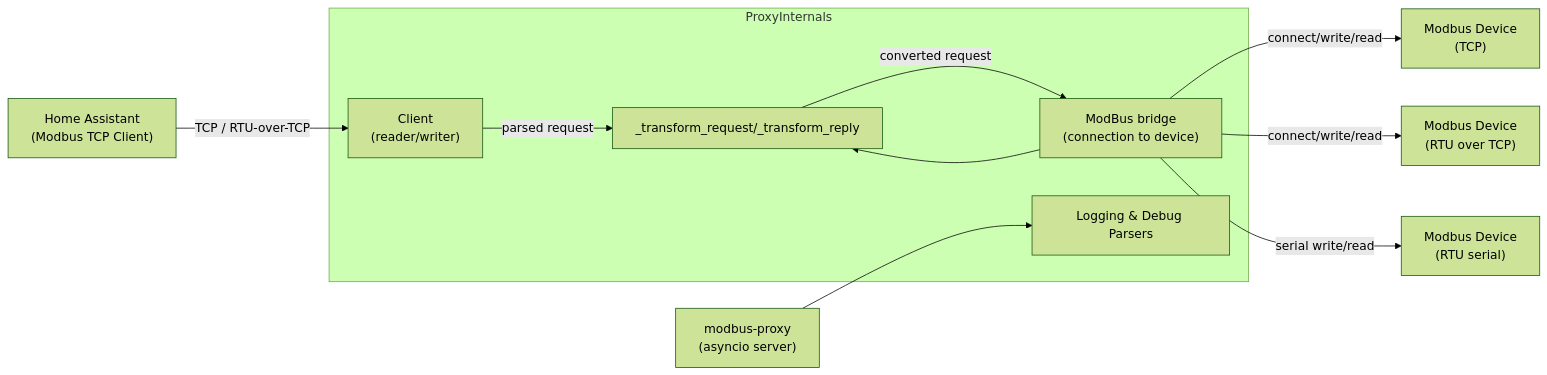
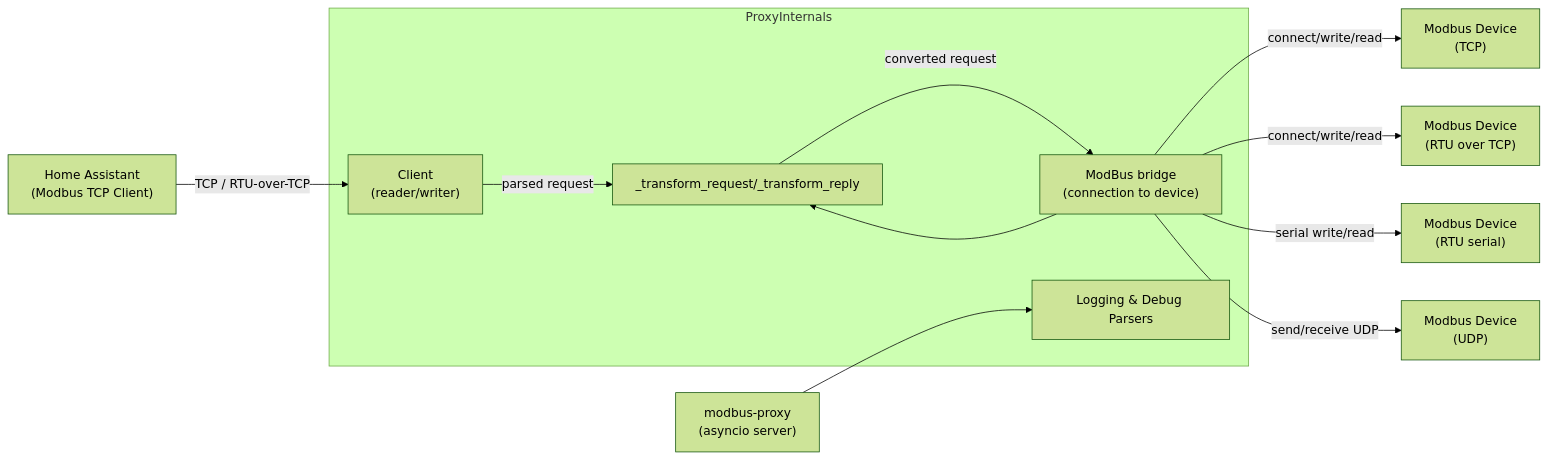
One commit to TCzerny/ha-modbusproxy changed the second of 2 diagrams in modbus-proxy/docs/README.md. Above: the diagram before and after it, drawn with Mermaid (forest theme). The commit also changed other lines of this file and 20 other files, not shown here.

````diff
--- a/modbus-proxy/docs/README.md
+++ b/modbus-proxy/docs/README.md
@@ -52,24 +52,26 @@
 ```mermaid
 %% Mermaid diagram for modbus-proxy architecture
 graph LR
     HA["Home Assistant<br/> (Modbus TCP Client)"]
     Proxy["modbus-proxy<br/> (asyncio server)"]
     subgraph ProxyInternals
         ClientComp["Client<br/> (reader/writer)"]
         ModBusComp["ModBus bridge<br/> (connection to device)"]
         Transformer[_transform_request/_transform_reply]
         Logger[Logging & Debug Parsers]
     end
     DeviceTCP["Modbus Device<br/> (TCP)"]
     DeviceRTUTCP["Modbus Device<br/> (RTU over TCP)"]
     DeviceRTU["Modbus Device<br/> (RTU serial)"]
+    DeviceUDP["Modbus Device<br/> (UDP)"]
 
     HA -->|TCP / RTU-over-TCP| ClientComp
     ClientComp -->|parsed request| Transformer
     Transformer -->|converted request| ModBusComp
     ModBusComp -->|connect/write/read| DeviceTCP
     ModBusComp -->|connect/write/read| DeviceRTUTCP
     ModBusComp -->|serial write/read| DeviceRTU
+    ModBusComp -->|send/receive UDP| DeviceUDP
     ModBusComp --> Transformer
     Proxy --> Logger
 ```
````
